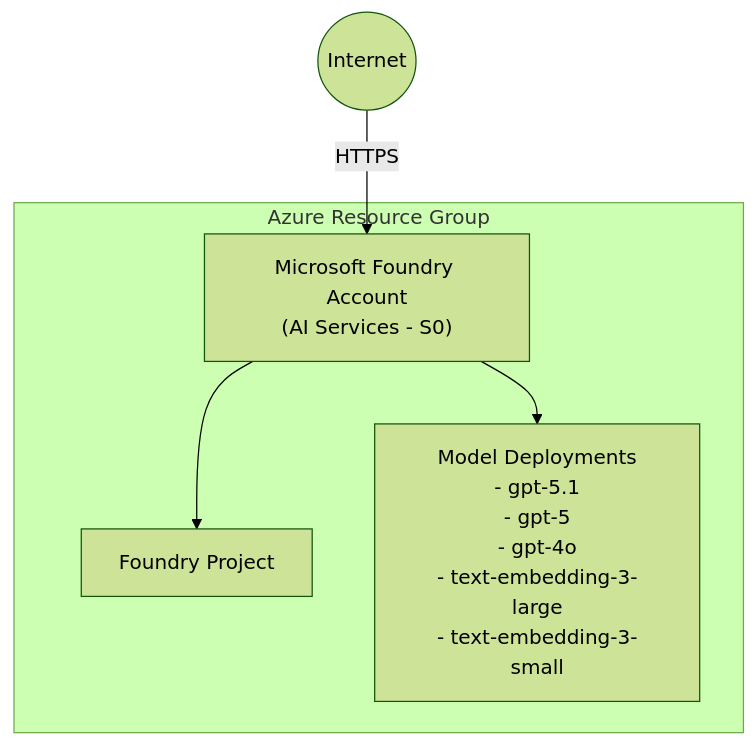
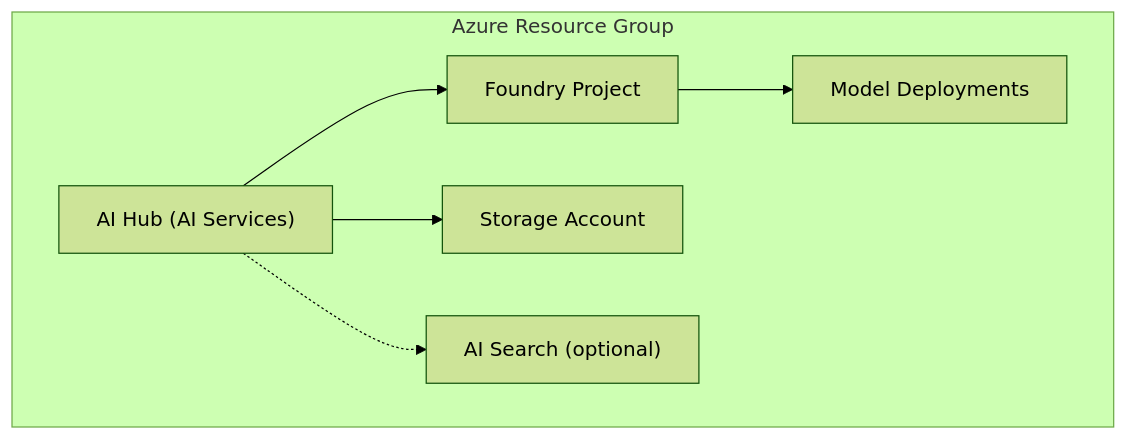
The diagram in infra/scenarios/azure_microsoft_foundry/README.md (ks6088ts/template-github-copilot), drawn with Mermaid (forest theme) before and after one commit. The commit also changed other lines of this file and 14 other files, not shown here.

````diff
--- a/infra/scenarios/azure_microsoft_foundry/README.md
+++ b/infra/scenarios/azure_microsoft_foundry/README.md
@@ -9,14 +24,15 @@
 ```mermaid
 flowchart TB
-    Internet((Internet))
-
     subgraph Azure["Azure Resource Group"]
-        Account["Microsoft Foundry Account<br/>(AI Services - S0)"]
+        Hub["AI Hub (AI Services)"]
         Project["Foundry Project"]
-        Deployments["Model Deployments<br/>- gpt-5.1<br/>- gpt-5<br/>- gpt-4o<br/>- text-embedding-3-large<br/>- text-embedding-3-small"]
+        Models["Model Deployments"]
+        Storage["Storage Account"]
+        Search["AI Search (optional)"]
     end
 
-    Internet -->|HTTPS| Account
-    Account --> Project
-    Account --> Deployments
+    Hub --> Project
+    Project --> Models
+    Hub --> Storage
+    Hub -.-> Search
 ```
````
